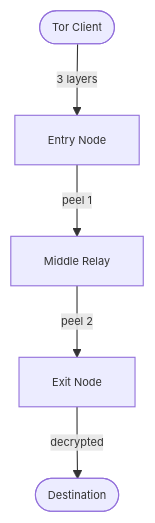
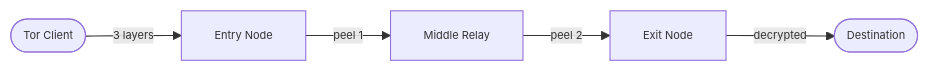
The second of 3 diagrams in governance/commons-hub-pattern.md (doikayt/admin), drawn with Mermaid before and after one commit. The commit also changed other lines of this file, not shown here.

````diff
--- a/governance/commons-hub-pattern.md
+++ b/governance/commons-hub-pattern.md
@@ -714,14 +718,14 @@
 ```mermaid
 %%{init: {"themeVariables": {"fontSize": "10px"}}}%%
-flowchart TD
+flowchart LR
     Client([Tor Client])
     Entry[Entry Node]
     Middle[Middle Relay]
     Exit[Exit Node]
     Dest([Destination])
 
     Client -- "3 layers" --> Entry
     Entry -- "peel 1" --> Middle
     Middle -- "peel 2" --> Exit
     Exit -- "decrypted" --> Dest
 ```
````
